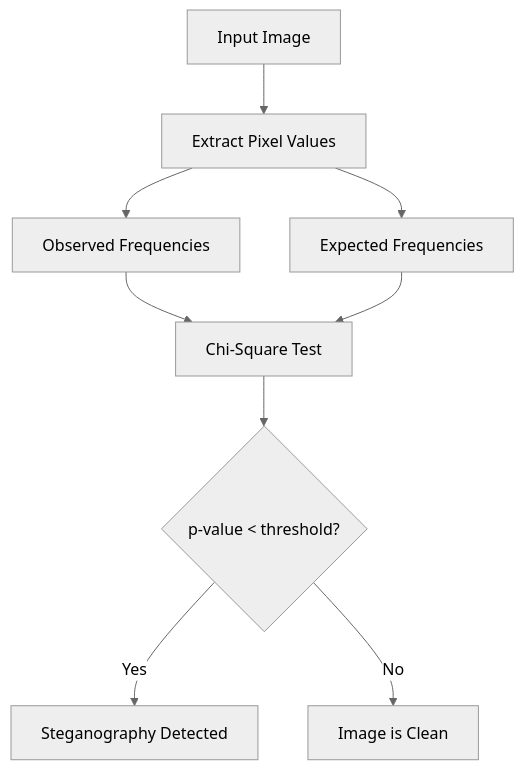
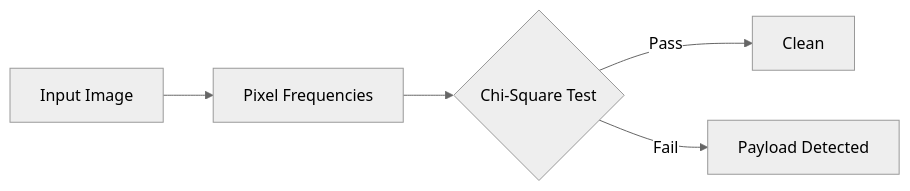
The fifth of 5 diagrams in README.md (vx-ux/stegacrypt), drawn with Mermaid (neutral theme) before and after one commit. The commit also changed other lines of this file, not shown here.

````diff
--- a/README.md
+++ b/README.md
@@ -193,11 +119,7 @@
 ```mermaid
-graph TD
-    In["Input Image"] --> Pixels["Extract Pixel Values"]
-    Pixels --> Obs["Observed Frequencies"]
-    Pixels --> Exp["Expected Frequencies"]
-    Obs --> Test["Chi-Square Test"]
-    Exp --> Test
-    Test --> Node{"p-value < threshold?"}
-    Node -- Yes --> Det["Steganography Detected"]
-    Node -- No --> Clean["Image is Clean"]
+graph LR
+    A[Input Image] --> B[Pixel Frequencies]
+    B --> C{Chi-Square Test}
+    C -- Pass --> D[Clean]
+    C -- Fail --> E[Payload Detected]
 ```
````
